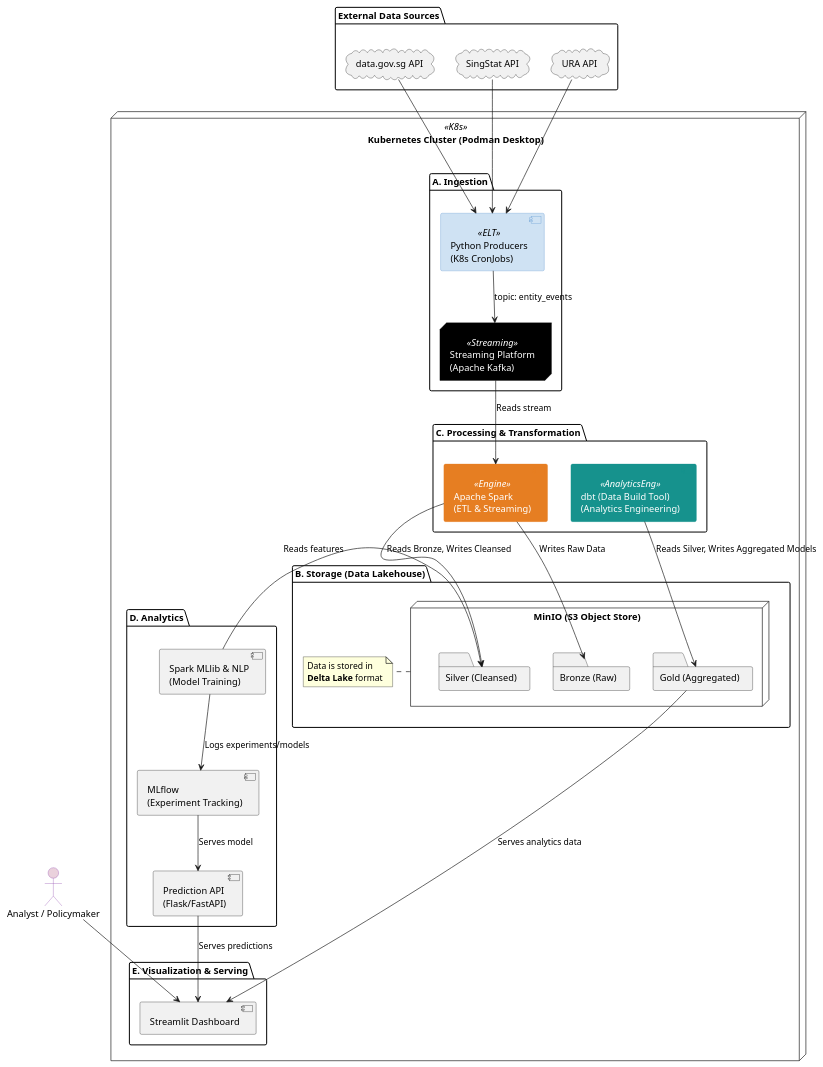
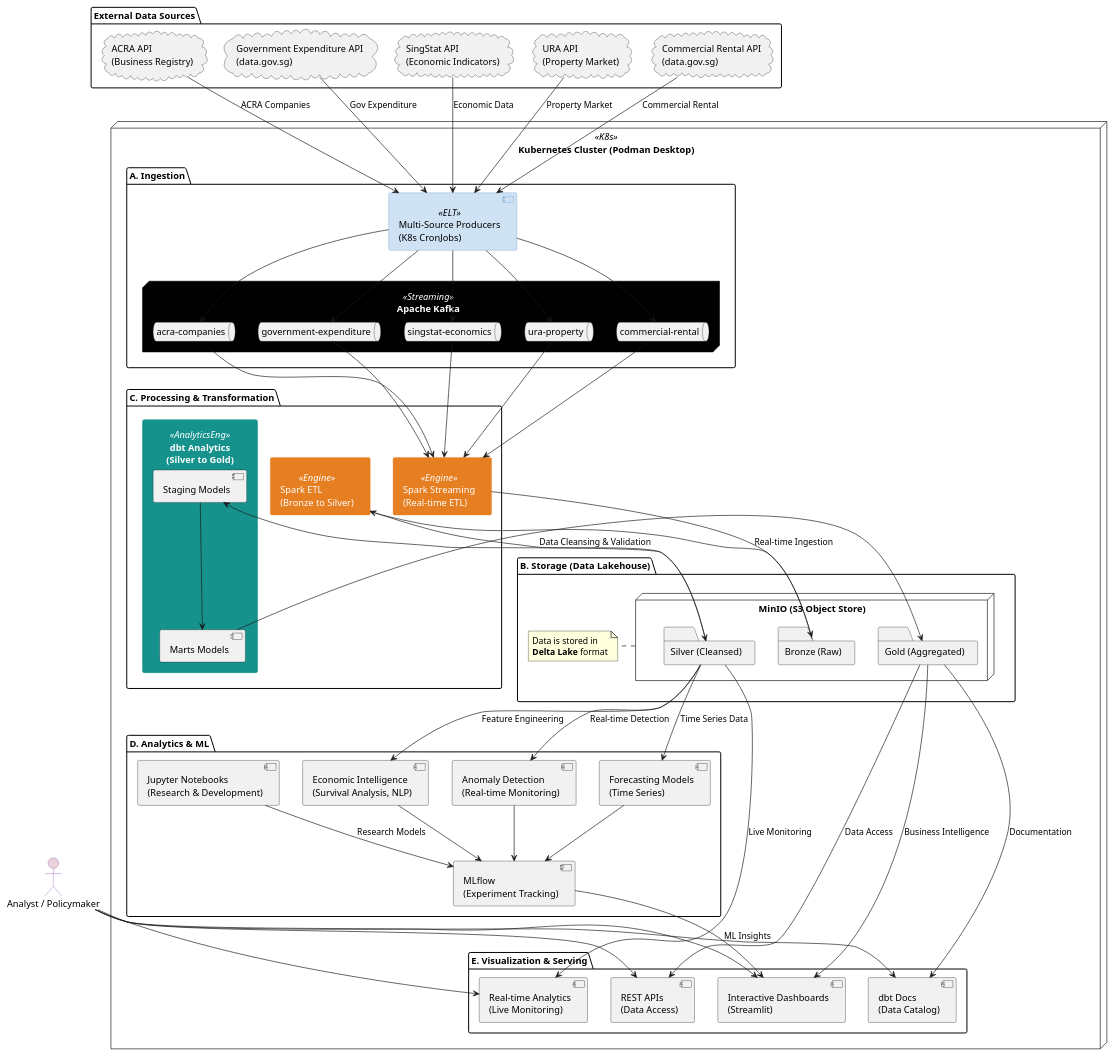
Before and after one commit to NUS-ISS-Projects/bigData: the diagram in architectureDiagram.puml, drawn with PlantUML. The commit also changed 1 other file, not shown here.

Commit message:
docs(architecture): update architecture diagram and proposal with enhanced details
- Expand architecture diagram with detailed components and data flows
- Add comprehensive technical architecture section to proposal
- Include detailed dataset analysis and implementation status
- Outline enhanced features and future roadmap

```diff
--- a/architectureDiagram.puml
+++ b/architectureDiagram.puml
@@ -1,107 +1,149 @@
 @startuml
 
 skinparam componentStyle uml2
 skinparam rectangle<<K8s>> {
   StereotypeFontColor #FFFFFF
   FontColor #FFFFFF
   BackgroundColor #3367d6
   BorderColor #3367d6
 }
 skinparam node<<Streaming>> {
   StereotypeFontColor #FFFFFF
   FontColor #FFFFFF
   BackgroundColor #000000
   BorderColor #000000
 }
 skinparam component<<ELT>> {
   StereotypeFontColor #000000
   BackgroundColor #CFE2F3
   BorderColor #6098D1
 }
 skinparam component<<Engine>> {
   StereotypeFontColor #FFFFFF
   FontColor #FFFFFF
   BackgroundColor #E67E22
   BorderColor #E67E22
 }
 skinparam component<<AnalyticsEng>> {
   StereotypeFontColor #FFFFFF
   FontColor #FFFFFF
   BackgroundColor #16928D
   BorderColor #16928D
 }
 skinparam node<<Lakehouse>> {
   StereotypeFontColor #000000
   BackgroundColor #FCE5CD
   BorderColor #E67E22
 }
 skinparam actor {
   BackgroundColor #EAD1DC
   BorderColor #8E44AD
 }
 
 actor "Analyst / Policymaker" as user
 
 package "External Data Sources" {
-  cloud "data.gov.sg API" as source_biz
-  cloud "SingStat API" as source_econ
-  cloud "URA API" as source_prop
+  cloud "ACRA API\n(Business Registry)" as source_acra
+  cloud "Government Expenditure API\n(data.gov.sg)" as source_gov
+  cloud "SingStat API\n(Economic Indicators)" as source_singstat
+  cloud "URA API\n(Property Market)" as source_ura
+  cloud "Commercial Rental API\n(data.gov.sg)" as source_rental
 }
 
 node "Kubernetes Cluster (Podman Desktop)" <<K8s>> {
   package "A. Ingestion" {
-    component "Python Producers\n(K8s CronJobs)" as producers <<ELT>>
-    node "Streaming Platform\n(Apache Kafka)" as kafka <<Streaming>>
+    component "Multi-Source Producers\n(K8s CronJobs)" as producers <<ELT>>
+    node "Apache Kafka" as kafka <<Streaming>> {
+      queue "acra-companies" as topic_acra
+      queue "government-expenditure" as topic_gov
+      queue "singstat-economics" as topic_singstat
+      queue "ura-property" as topic_ura
+      queue "commercial-rental" as topic_rental
+    }
   }
 
   package "B. Storage (Data Lakehouse)" {
     node "MinIO (S3 Object Store)" as minio {
       folder "Bronze (Raw)" as bronze
       folder "Silver (Cleansed)" as silver
       folder "Gold (Aggregated)" as gold
     }
     note right of minio
       Data is stored in
       **Delta Lake** format
     end note
   }
 
   package "C. Processing & Transformation" {
-    component "Apache Spark\n(ETL & Streaming)" as spark <<Engine>>
-    component "dbt (Data Build Tool)\n(Analytics Engineering)" as dbt <<AnalyticsEng>>
+    component "Spark Streaming\n(Real-time ETL)" as spark_streaming <<Engine>>
+    component "Spark ETL\n(Bronze to Silver)" as spark_etl <<Engine>>
+    component "dbt Analytics\n(Silver to Gold)" as dbt <<AnalyticsEng>> {
+      component "Staging Models" as dbt_staging
+      component "Marts Models" as dbt_marts
+    }
   }
 
-  package "D. Analytics" {
-    component "Spark MLlib & NLP\n(Model Training)" as ml_train
+  package "D. Analytics & ML" {
+    component "Economic Intelligence\n(Survival Analysis, NLP)" as ml_economic
+    component "Anomaly Detection\n(Real-time Monitoring)" as ml_anomaly
+    component "Forecasting Models\n(Time Series)" as ml_forecast
     component "MLflow\n(Experiment Tracking)" as mlflow
-    component "Prediction API\n(Flask/FastAPI)" as ml_api
+    component "Jupyter Notebooks\n(Research & Development)" as jupyter
   }
 
   package "E. Visualization & Serving" {
-    component "Streamlit Dashboard" as dashboard
+    component "Interactive Dashboards\n(Streamlit)" as dashboard
+    component "REST APIs\n(Data Access)" as rest_api
+    component "dbt Docs\n(Data Catalog)" as dbt_docs
+    component "Real-time Analytics\n(Live Monitoring)" as realtime_viz
   }
 }
 
 ' --- Data Flows ---
-source_biz --> producers
-source_econ --> producers
-source_prop --> producers
+source_acra --> producers : "ACRA Companies"
+source_gov --> producers : "Gov Expenditure"
+source_singstat --> producers : "Economic Data"
+source_ura --> producers : "Property Market"
+source_rental --> producers : "Commercial Rental"
 
-producers --> kafka : "topic: entity_events"
+producers --> topic_acra
+producers --> topic_gov
+producers --> topic_singstat
+producers --> topic_ura
+producers --> topic_rental
 
-kafka --> spark : Reads stream
+topic_acra --> spark_streaming
+topic_gov --> spark_streaming
+topic_singstat --> spark_streaming
+topic_ura --> spark_streaming
+topic_rental --> spark_streaming
 
-spark --> bronze : Writes Raw Data
-spark -> silver : Reads Bronze, Writes Cleansed
+spark_streaming --> bronze : "Real-time Ingestion"
+spark_etl --> silver : "Data Cleansing & Validation"
+bronze --> spark_etl
 
-dbt -> gold : Reads Silver, Writes Aggregated Models
+dbt_staging --> dbt_marts
+silver --> dbt_staging
+dbt_marts --> gold
 
-ml_train -> silver : Reads features
-ml_train --> mlflow : Logs experiments/models
-mlflow --> ml_api : Serves model
+silver --> ml_economic : "Feature Engineering"
+silver --> ml_anomaly : "Real-time Detection"
+silver --> ml_forecast : "Time Series Data"
 
-gold --> dashboard : Serves analytics data
-ml_api --> dashboard : Serves predictions
+ml_economic --> mlflow
+ml_anomaly --> mlflow
+ml_forecast --> mlflow
+
+gold --> dashboard : "Business Intelligence"
+gold --> rest_api : "Data Access"
+gold --> dbt_docs : "Documentation"
+silver --> realtime_viz : "Live Monitoring"
+
+mlflow --> dashboard : "ML Insights"
+jupyter --> mlflow : "Research Models"
 
 user --> dashboard
+user --> rest_api
+user --> dbt_docs
+user --> realtime_viz
 @enduml
```
